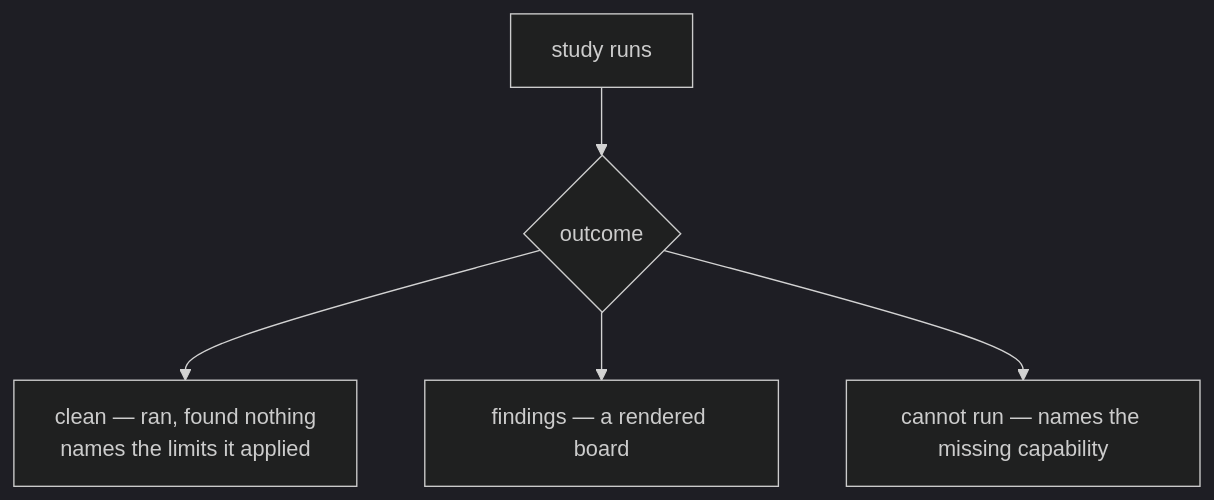
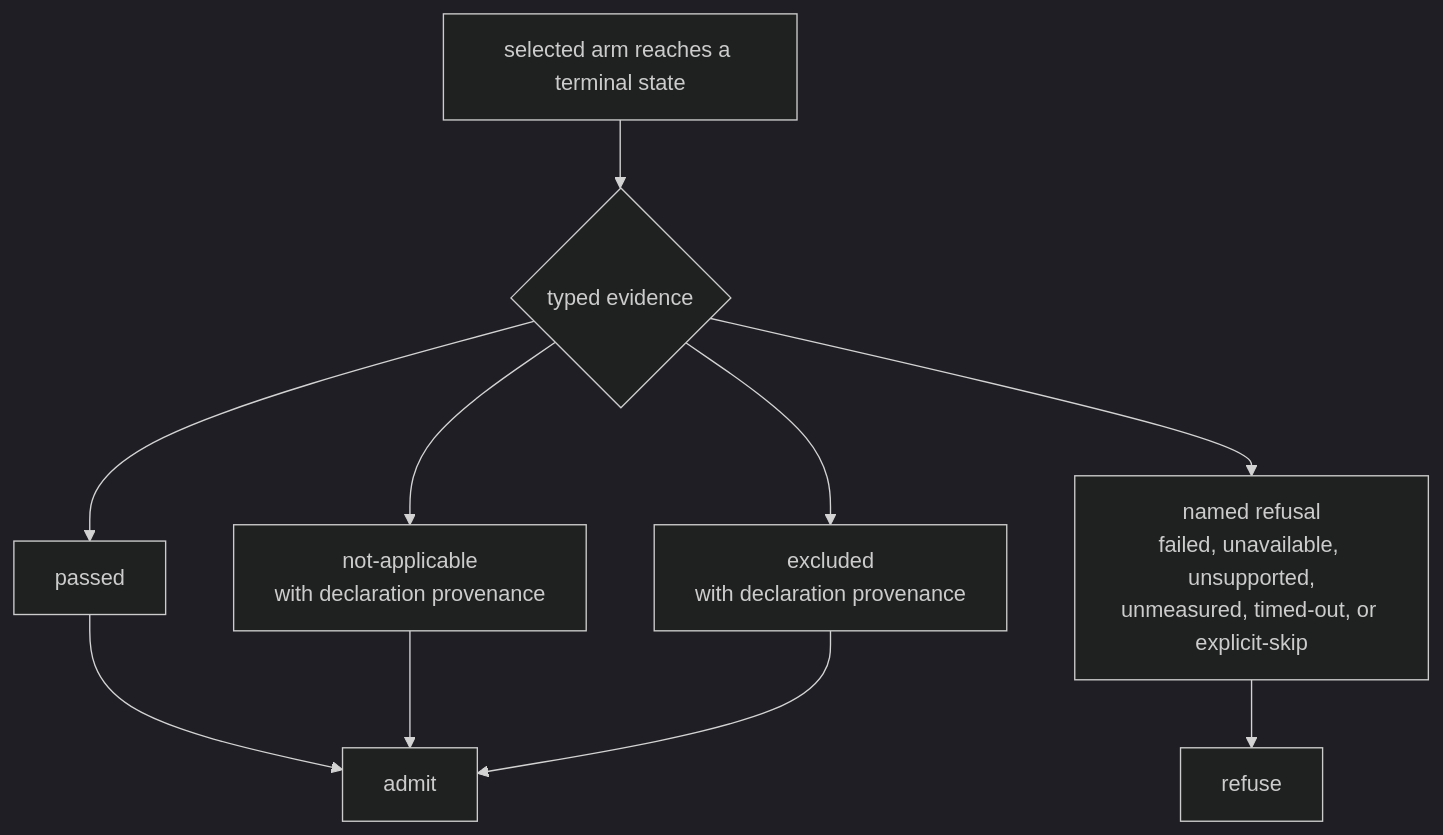
One commit to infimalabs/spice-rust changed the third of 14 diagrams in docs/product/checks.md. Above: the diagram before and after it, drawn with Mermaid (dark theme). The commit also changed other lines of this file and 71 other files, not shown here.

````diff
--- a/docs/product/checks.md
+++ b/docs/product/checks.md
@@ -58,7 +80,12 @@
 ```mermaid
 flowchart TD
-  R[study runs] --> A{outcome}
-  A --> C["clean — ran, found nothing<br/>names the limits it applied"]
-  A --> F["findings — a rendered board"]
-  A --> X["cannot run — names the missing capability"]
+  R["selected arm reaches a terminal state"] --> A{"typed evidence"}
+  A --> P["passed"]
+  A --> N["not-applicable<br/>with declaration provenance"]
+  A --> E["excluded<br/>with declaration provenance"]
+  A --> X["named refusal<br/>failed, unavailable, unsupported,<br/>unmeasured, timed-out, or explicit-skip"]
+  P --> C["admit"]
+  N --> C
+  E --> C
+  X --> F["refuse"]
 ```
````
